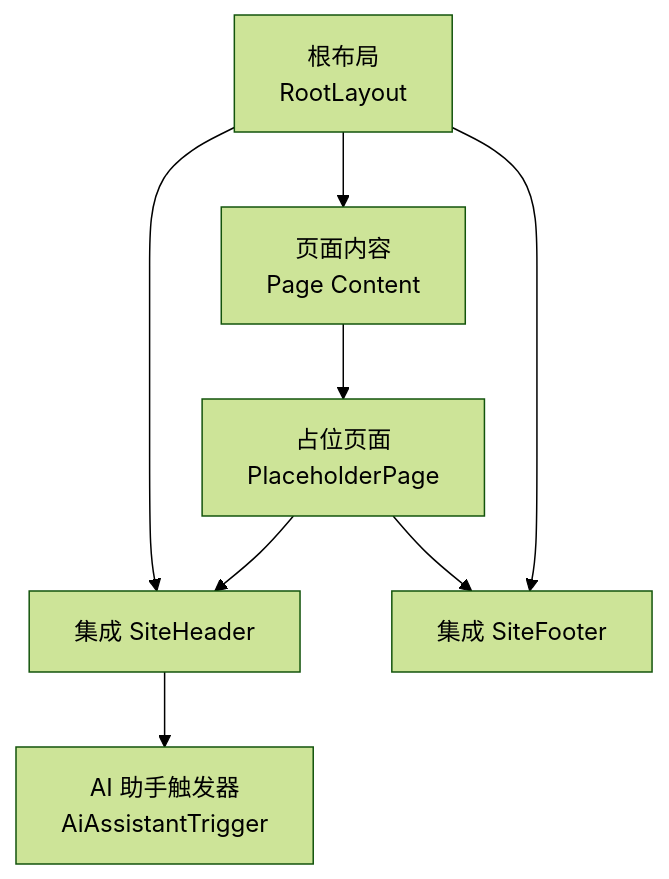
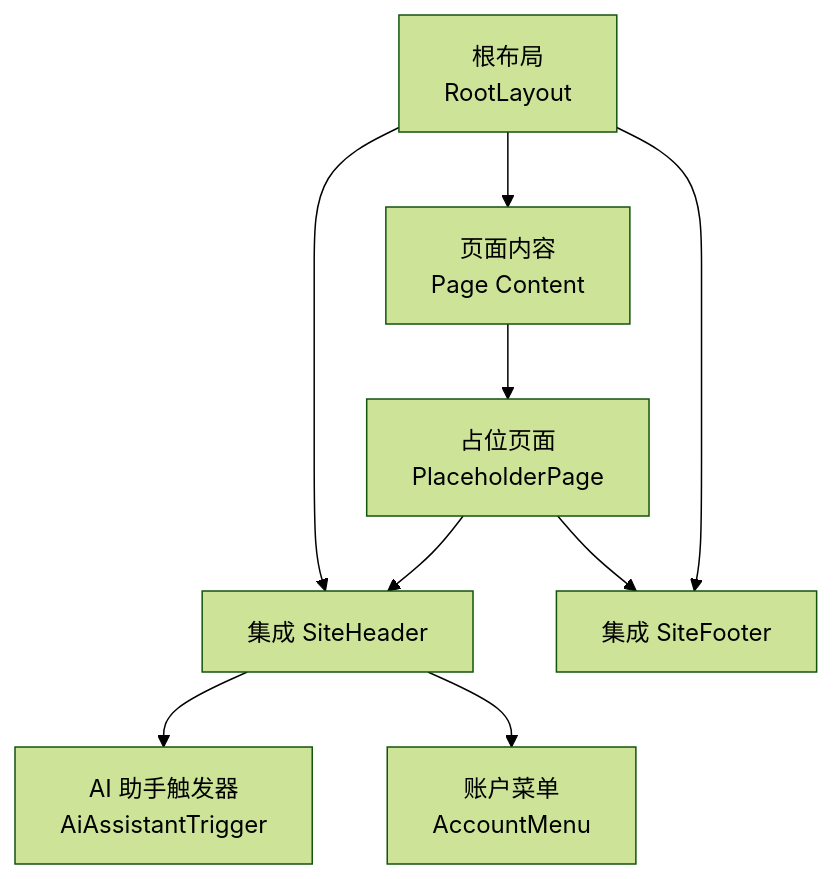
The sixth of 12 diagrams in .qoder/repowiki/zh/content/前端开发/前端开发.md (luyitiger6/my-first-project), drawn with Mermaid (forest theme) before and after one commit. The commit also changed other lines of this file and 54 other files, not shown here.

````diff
--- a/.qoder/repowiki/zh/content/前端开发/前端开发.md
+++ b/.qoder/repowiki/zh/content/前端开发/前端开发.md
@@ -274,10 +344,11 @@
 ```mermaid
 graph TD
 RootLayout["根布局<br/>RootLayout"] --> SiteHeader["站点头部<br/>SiteHeader"]
 RootLayout --> PageContent["页面内容<br/>Page Content"]
 RootLayout --> SiteFooter["站点底部<br/>SiteFooter"]
 SiteHeader --> AiAssistantTrigger["AI 助手触发器<br/>AiAssistantTrigger"]
+SiteHeader --> AccountMenu["账户菜单<br/>AccountMenu"]
 PageContent --> PlaceholderPage["占位页面<br/>PlaceholderPage"]
 PlaceholderPage --> SiteHeader["集成 SiteHeader"]
 PlaceholderPage --> SiteFooter["集成 SiteFooter"]
 ```
````
